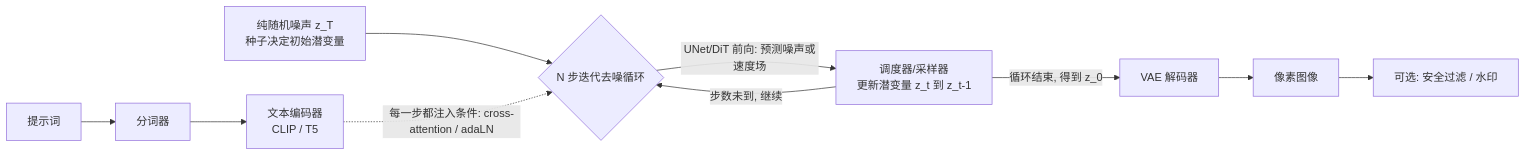
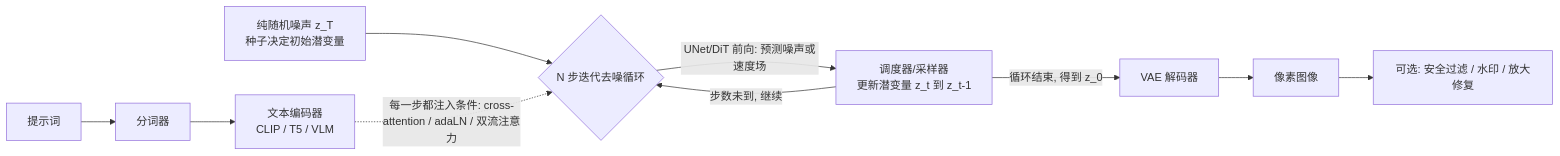
One commit to shuifans/cloud-ai-knowledge-base changed the fourth of 7 diagrams in docs/ai/models/image-gen.md. Above: the diagram before and after it, drawn with Mermaid. The commit also changed other lines of this file and 294 other files, not shown here.

First line of the commit message:
更新: 全站 35 篇文章对标 speech-gen 全面升级（深度/配图/引用/决策图）

````diff
--- a/docs/ai/models/image-gen.md
+++ b/docs/ai/models/image-gen.md
@@ -74,13 +297,13 @@
 ```mermaid
 flowchart LR
   P[提示词] --> T[分词器]
-  T --> E[文本编码器<br/>CLIP / T5]
+  T --> E[文本编码器<br/>CLIP / T5 / VLM]
   N[纯随机噪声 z_T<br/>种子决定初始潜变量] --> L
-  E -.每一步都注入条件: cross-attention / adaLN.-> L
+  E -.每一步都注入条件: cross-attention / adaLN / 双流注意力.-> L
   L{N 步迭代去噪循环}
   L -->|UNet/DiT 前向: 预测噪声或速度场| S[调度器/采样器<br/>更新潜变量 z_t 到 z_t-1]
   S -->|步数未到, 继续| L
   S -->|循环结束, 得到 z_0| V[VAE 解码器]
   V --> I[像素图像]
-  I --> F[可选: 安全过滤 / 水印]
+  I --> F[可选: 安全过滤 / 水印 / 放大修复]
 ```
````
